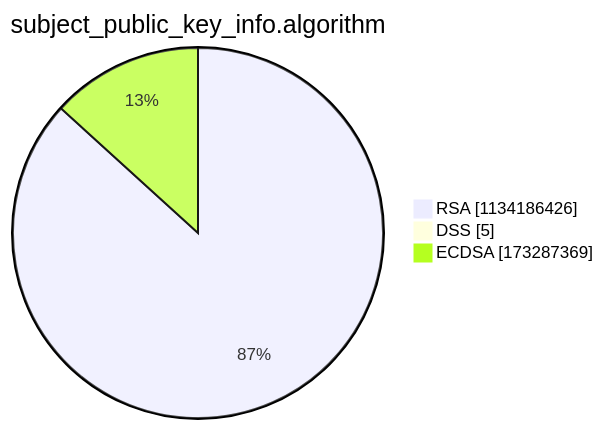
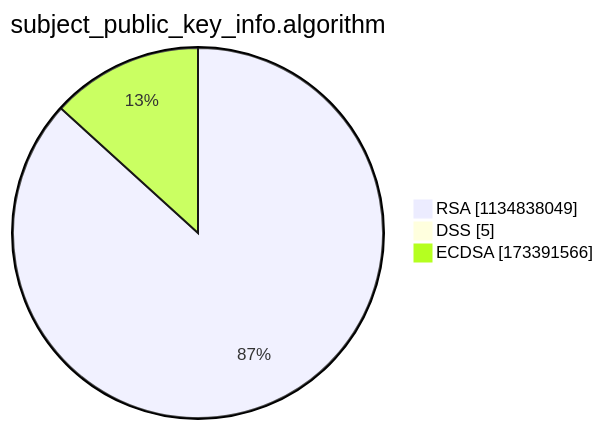
Before and after one commit to christiankrug/ctmonitor_visualization: the third of 15 diagrams in argon2022/README.md, drawn with Mermaid. The commit also changed other lines of this file, not shown here.

````diff
--- a/argon2022/README.md
+++ b/argon2022/README.md
@@ -14,7 +14,7 @@
 ```mermaid
 pie showData
 title subject_public_key_info.algorithm
-"RSA" :1134186426
+"RSA" :1134838049
 "DSS" :5
-"ECDSA" :173287369
+"ECDSA" :173391566
 ```
````
